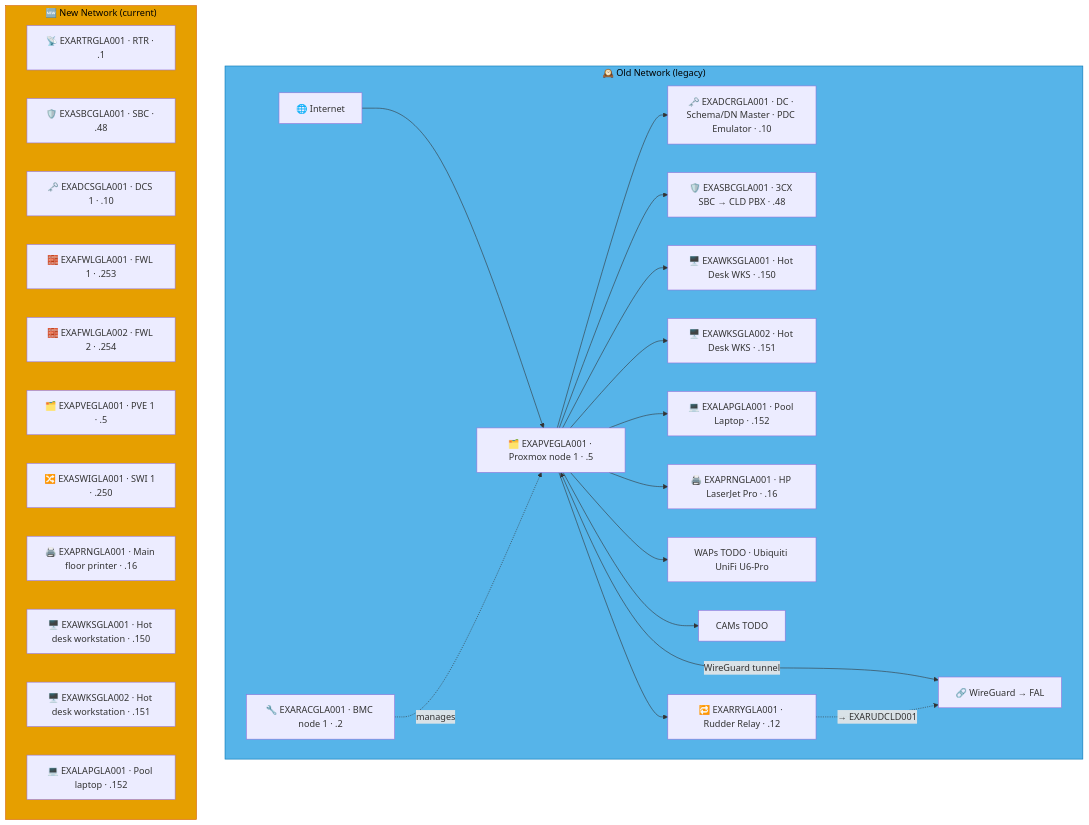
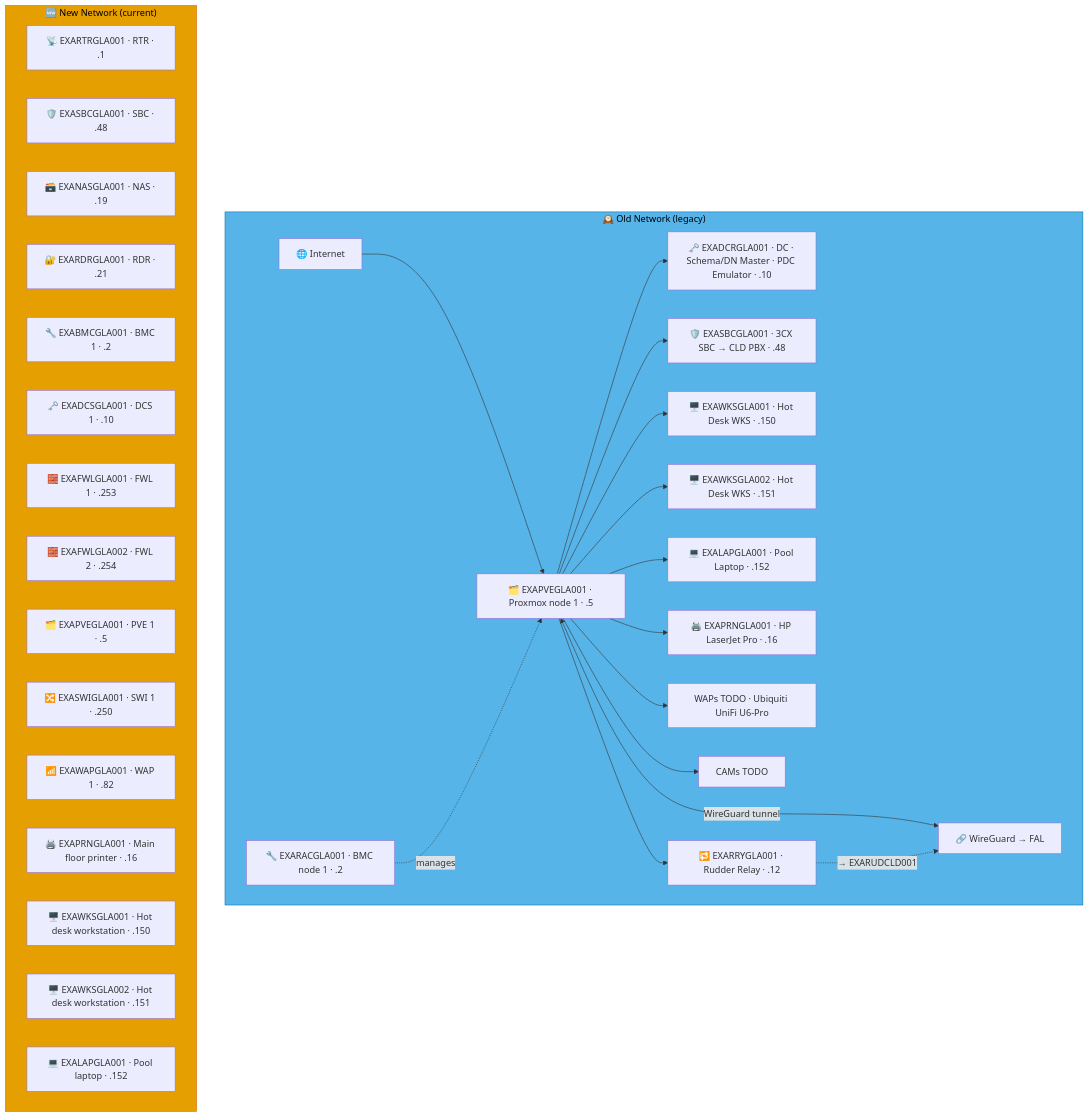
Before and after one commit to knightmare2600/example_music_infra: the third of 7 diagrams in docs/network-diagram/scotland.md, drawn with Mermaid. The commit also changed other lines of this file and 15 other files, not shown here.

````diff
--- a/docs/network-diagram/scotland.md
+++ b/docs/network-diagram/scotland.md
@@ -236,44 +242,48 @@
 ```mermaid
 graph TD
     subgraph OLD_GLA ["🕰️ Old Network (legacy)"]
       INET["🌐 Internet"]
       PVE["🗂️ EXAPVEGLA001 · Proxmox node 1 · .5"]
       RAC["🔧 EXARACGLA001 · BMC node 1 · .2"]
       DC["🗝️ EXADCRGLA001 · DC · Schema/DN Master · PDC Emulator · .10"]
       SBC["🛡️ EXASBCGLA001 · 3CX SBC → CLD PBX · .48"]
       RRY["🔁 EXARRYGLA001 · Rudder Relay · .12"]
       WKS1["🖥️ EXAWKSGLA001 · Hot Desk WKS · .150"]
       WKS2["🖥️ EXAWKSGLA002 · Hot Desk WKS · .151"]
       LAP["💻 EXALAPGLA001 · Pool Laptop · .152"]
       PRN["🖨️ EXAPRNGLA001 · HP LaserJet Pro · .16"]
       WAP["WAPs TODO · Ubiquiti UniFi U6-Pro"]
       CAM["CAMs TODO"]
       VPN["🔗 WireGuard → FAL"]
 
       INET --> PVE
       PVE --> DC & SBC
       RAC -.->|"manages"| PVE
       PVE --> WKS1 & WKS2 & LAP & PRN & WAP & CAM
       PVE <-->|"WireGuard tunnel"| VPN
 
       PVE --> RRY
       RRY -. "→ EXARUDCLD001" .-> VPN
     end
     style OLD_GLA fill:#56B4E9,stroke:#0072B2,color:#000000
     %% GENERATED:NEW-NETWORK:GLA:START
     subgraph NEW_GLA ["🆕 New Network (current)"]
       N_RTR["📡 EXARTRGLA001 · RTR · .1"]
       N_SBC["🛡️ EXASBCGLA001 · SBC · .48"]
+      N_NAS["🗃️ EXANASGLA001 · NAS · .19"]
+      N_RDR["🔐 EXARDRGLA001 · RDR · .21"]
+      N_BMC["🔧 EXABMCGLA001 · BMC 1 · .2"]
       N_DCS["🗝️ EXADCSGLA001 · DCS 1 · .10"]
       N_FWL["🧱 EXAFWLGLA001 · FWL 1 · .253"]
       N_FWL2["🧱 EXAFWLGLA002 · FWL 2 · .254"]
       N_PVE["🗂️ EXAPVEGLA001 · PVE 1 · .5"]
       N_SWI["🔀 EXASWIGLA001 · SWI 1 · .250"]
+      N_WAP["📶 EXAWAPGLA001 · WAP 1 · .82"]
       N_PRN["🖨️ EXAPRNGLA001 · Main floor printer · .16"]
       N_WKS["🖥️ EXAWKSGLA001 · Hot desk workstation · .150"]
       N_WKS2["🖥️ EXAWKSGLA002 · Hot desk workstation · .151"]
       N_LAP["💻 EXALAPGLA001 · Pool laptop · .152"]
     end
     style NEW_GLA fill:#E69F00,stroke:#D55E00,color:#000000
     %% GENERATED:NEW-NETWORK:GLA:END
 ```
````
